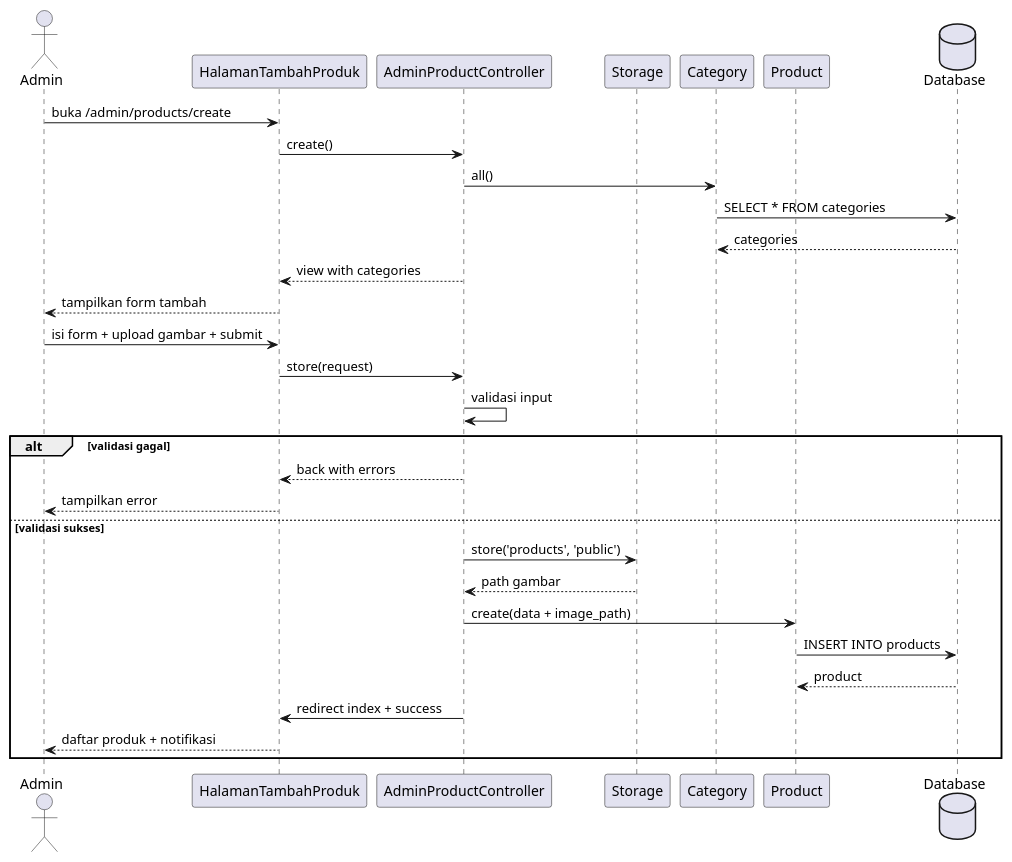
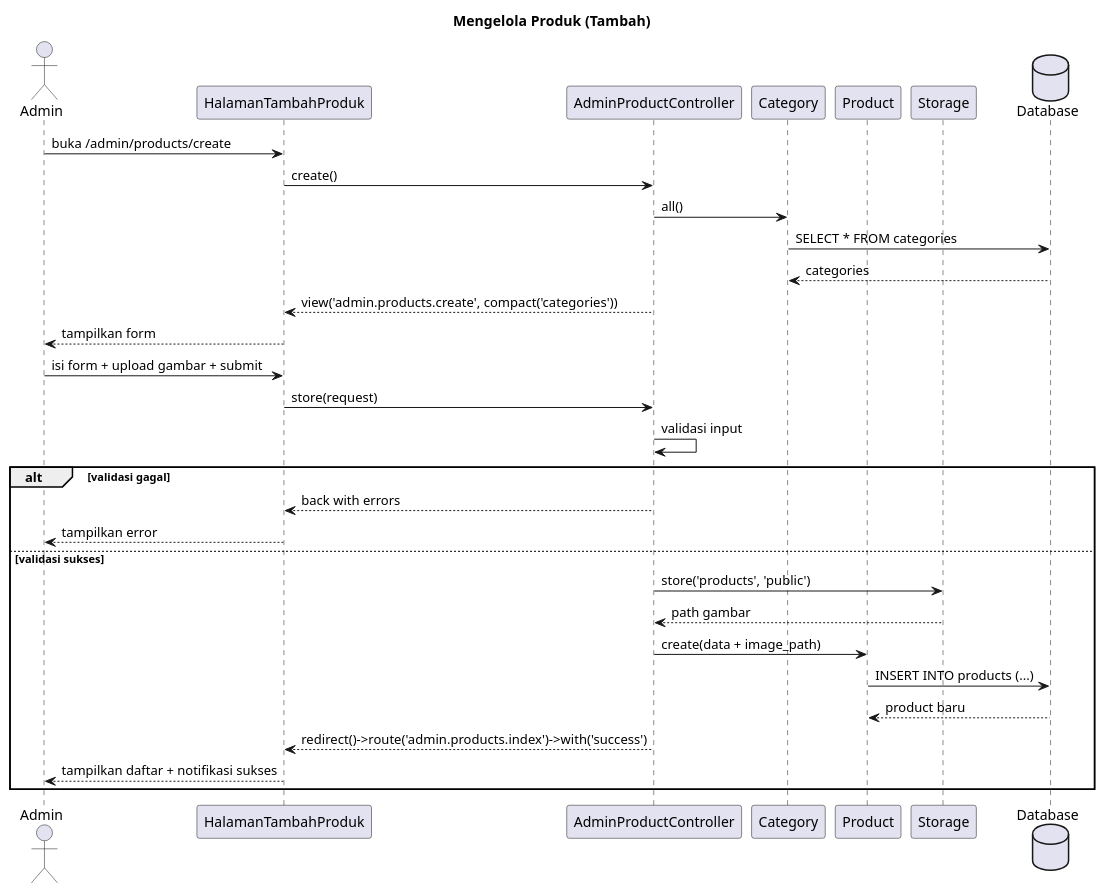
One commit to notsorcerer/ABP-WEB changed the tenth of 10 diagrams in DPPL.md. Above: the diagram before and after it, drawn with PlantUML. The commit also changed other lines of this file and 1 other file, not shown here.

````diff
--- a/DPPL.md
+++ b/DPPL.md
@@ -1476,36 +1425,39 @@
 ```plantuml
 @startuml
+title Mengelola Produk (Tambah)
+
 actor Admin
 participant "HalamanTambahProduk" as UI
 participant "AdminProductController" as C
-participant "Storage" as ST
-participant "Category" as M1
-participant "Product" as M2
+participant "Category" as Cat
+participant "Product" as M
+participant "Storage" as FS
 database "Database" as DB
 
 Admin -> UI : buka /admin/products/create
 UI -> C : create()
-C -> M1 : all()
-M1 -> DB : SELECT * FROM categories
-DB --> M1 : categories
-C --> UI : view with categories
-UI --> Admin : tampilkan form tambah
+C -> Cat : all()
+Cat -> DB : SELECT * FROM categories
+DB --> Cat : categories
+C --> UI : view('admin.products.create', compact('categories'))
+UI --> Admin : tampilkan form
 
 Admin -> UI : isi form + upload gambar + submit
 UI -> C : store(request)
 
 C -> C : validasi input
+
 alt validasi gagal
   C --> UI : back with errors
   UI --> Admin : tampilkan error
 else validasi sukses
-  C -> ST : store('products', 'public')
-  ST --> C : path gambar
-  C -> M2 : create(data + image_path)
-  M2 -> DB : INSERT INTO products
-  DB --> M2 : product
-  C -> UI : redirect index + success
-  UI --> Admin : daftar produk + notifikasi
+  C -> FS : store('products', 'public')
+  FS --> C : path gambar
+  C -> M : create(data + image_path)
+  M -> DB : INSERT INTO products (...)
+  DB --> M : product baru
+  C --> UI : redirect()->route('admin.products.index')->with('success')
+  UI --> Admin : tampilkan daftar + notifikasi sukses
 end
 @enduml
 ```
````
